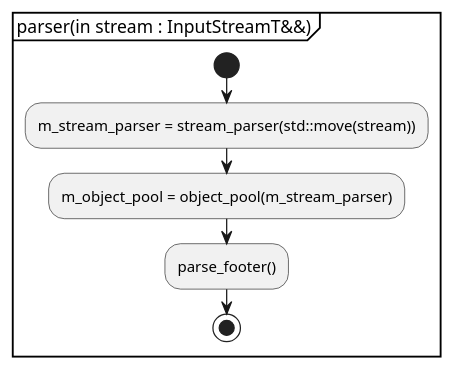
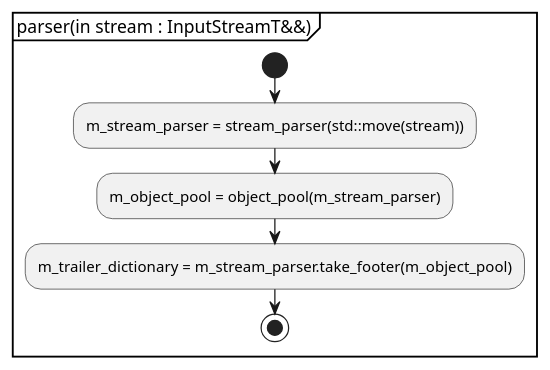
The diagram in document/parser.activity.pu (KodaiYM/PDFReader), drawn with PlantUML before and after one commit. The commit also changed other lines of this file and 4 other files, not shown here.

```diff
--- a/document/parser.activity.pu
+++ b/document/parser.activity.pu
@@ -1,9 +1,9 @@
 @startuml parser
 partition "parser(in stream : InputStreamT&&)" {
 start
 	:m_stream_parser = stream_parser(std::move(stream));
 	:m_object_pool = object_pool(m_stream_parser);
-	:parse_footer();
+	:m_trailer_dictionary = m_stream_parser.take_footer(m_object_pool);
 stop
 }
 @enduml
```
